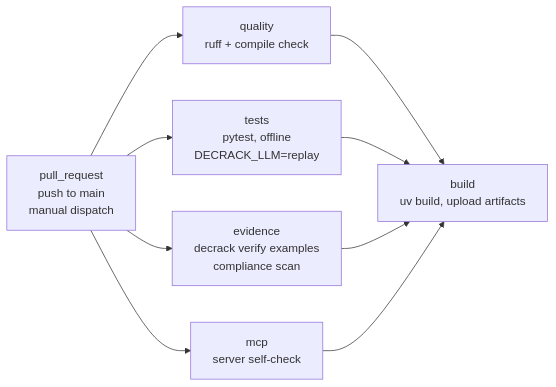
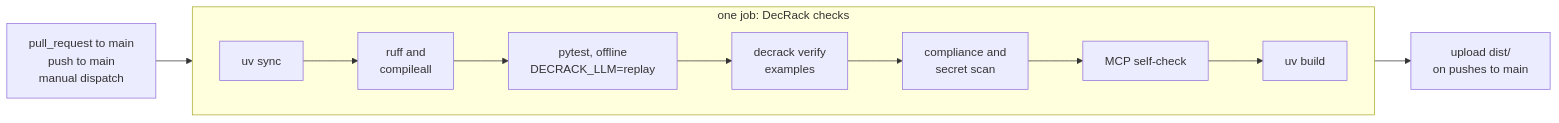
One commit to Madhav-GPT/DecRack changed the second of 2 diagrams in README.md. Above: the diagram before and after it, drawn with Mermaid. The commit also changed other lines of this file and 6 other files, not shown here.

````diff
--- a/README.md
+++ b/README.md
@@ -413,9 +434,14 @@
 ```mermaid
 flowchart LR
-    TRIG["pull_request<br/>push to main<br/>manual dispatch"] --> QUALITY & TESTS & EVIDENCE & MCPCHECK
-    QUALITY["quality<br/>ruff + compile check"] --> BUILD
-    TESTS["tests<br/>pytest, offline<br/>DECRACK_LLM=replay"] --> BUILD
-    EVIDENCE["evidence<br/>decrack verify examples<br/>compliance scan"] --> BUILD
-    MCPCHECK["mcp<br/>server self-check"] --> BUILD
-    BUILD["build<br/>uv build, upload artifacts"]
+    TRIG["pull_request to main<br/>push to main<br/>manual dispatch"] --> JOB
+    subgraph JOB["one job: DecRack checks"]
+        direction LR
+        S1["uv sync"] --> S2["ruff and<br/>compileall"]
+        S2 --> S3["pytest, offline<br/>DECRACK_LLM=replay"]
+        S3 --> S4["decrack verify<br/>examples"]
+        S4 --> S5["compliance and<br/>secret scan"]
+        S5 --> S6["MCP self-check"]
+        S6 --> S7["uv build"]
+    end
+    JOB --> UP["upload dist/<br/>on pushes to main"]
 ```
````
